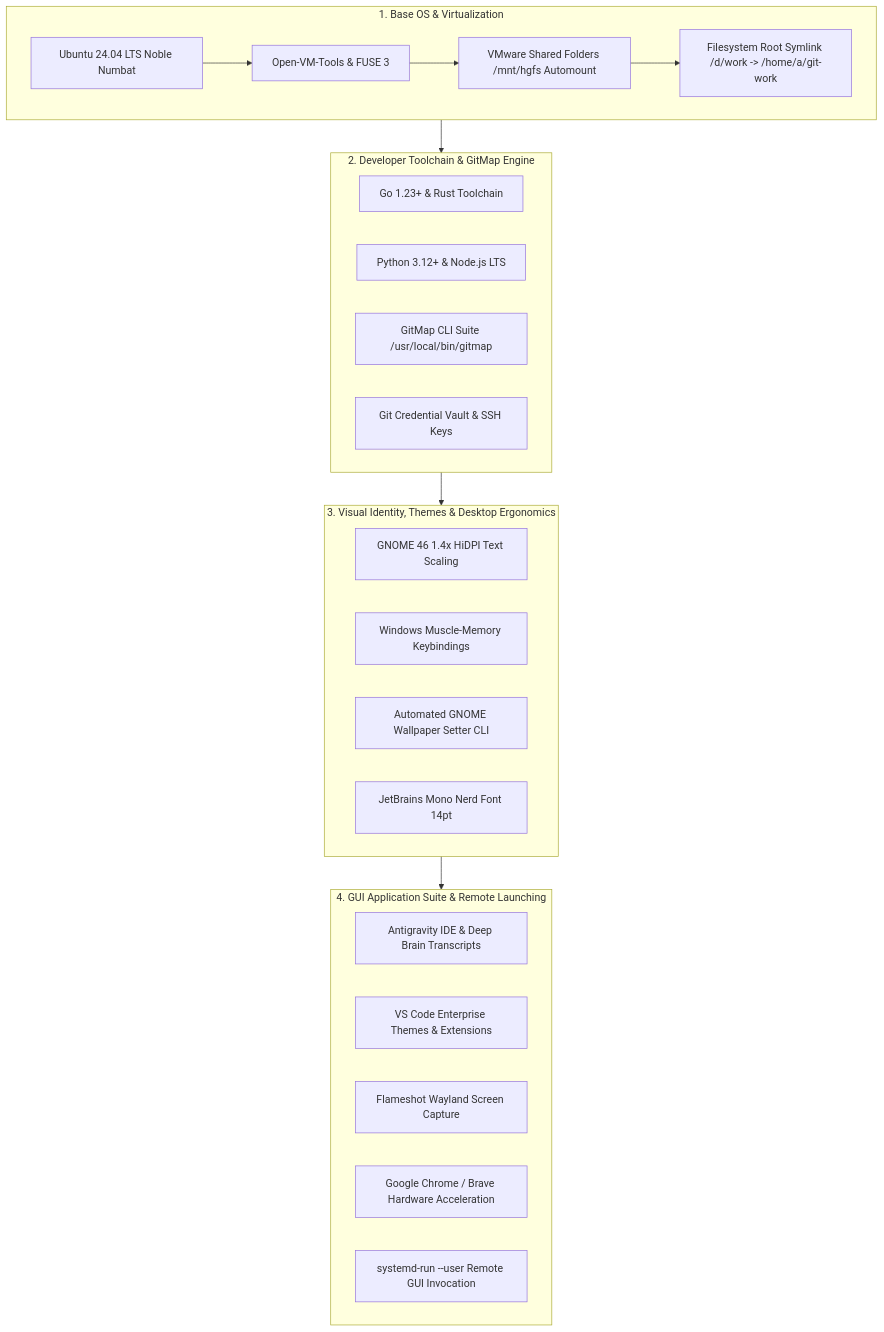
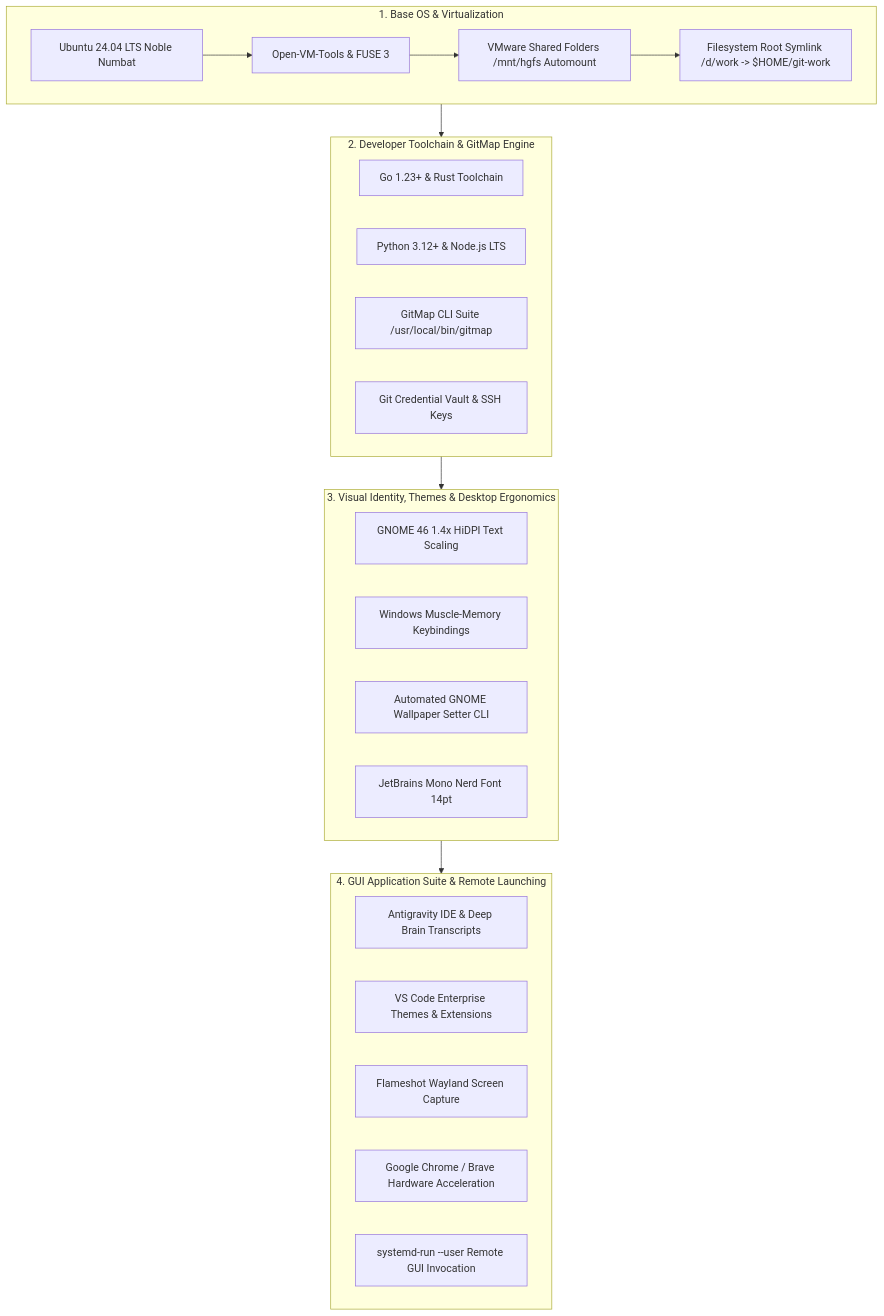
One commit to alimtvnetwork/gitmap-v28 changed the diagram in 02-spec/21-app/212-ubuntu-fleet-full-customization-and-embedded-runner/02-full-os-setup-blueprint.md. Above: the diagram before and after it, drawn with Mermaid. The commit also changed other lines of this file and 49 other files, not shown here.

````diff
--- a/02-spec/21-app/212-ubuntu-fleet-full-customization-and-embedded-runner/02-full-os-setup-blueprint.md
+++ b/02-spec/21-app/212-ubuntu-fleet-full-customization-and-embedded-runner/02-full-os-setup-blueprint.md
@@ -16,34 +16,34 @@
 ```mermaid
 flowchart TD
     subgraph Layer1["1. Base OS & Virtualization"]
         B1[Ubuntu 24.04 LTS Noble Numbat] --> B2[Open-VM-Tools & FUSE 3]
         B2 --> B3[VMware Shared Folders /mnt/hgfs Automount]
-        B3 --> B4[Filesystem Root Symlink /d/work -> /home/a/git-work]
+        B3 --> B4[Filesystem Root Symlink /d/work -> $HOME/git-work]
     end
 
     subgraph Layer2["2. Developer Toolchain & GitMap Engine"]
         D1[Go 1.23+ & Rust Toolchain]
         D2[Python 3.12+ & Node.js LTS]
         D3[GitMap CLI Suite /usr/local/bin/gitmap]
         D4[Git Credential Vault & SSH Keys]
     end
 
     subgraph Layer3["3. Visual Identity, Themes & Desktop Ergonomics"]
         E1[GNOME 46 1.4x HiDPI Text Scaling]
         E2[Windows Muscle-Memory Keybindings]
         E3[Automated GNOME Wallpaper Setter CLI]
         E4[JetBrains Mono Nerd Font 14pt]
     end
 
     subgraph Layer4["4. GUI Application Suite & Remote Launching"]
         G1[Antigravity IDE & Deep Brain Transcripts]
         G2[VS Code Enterprise Themes & Extensions]
         G3[Flameshot Wayland Screen Capture]
         G4[Google Chrome / Brave Hardware Acceleration]
         G5[systemd-run --user Remote GUI Invocation]
     end
 
     Layer1 --> Layer2
     Layer2 --> Layer3
     Layer3 --> Layer4
 ```
````
